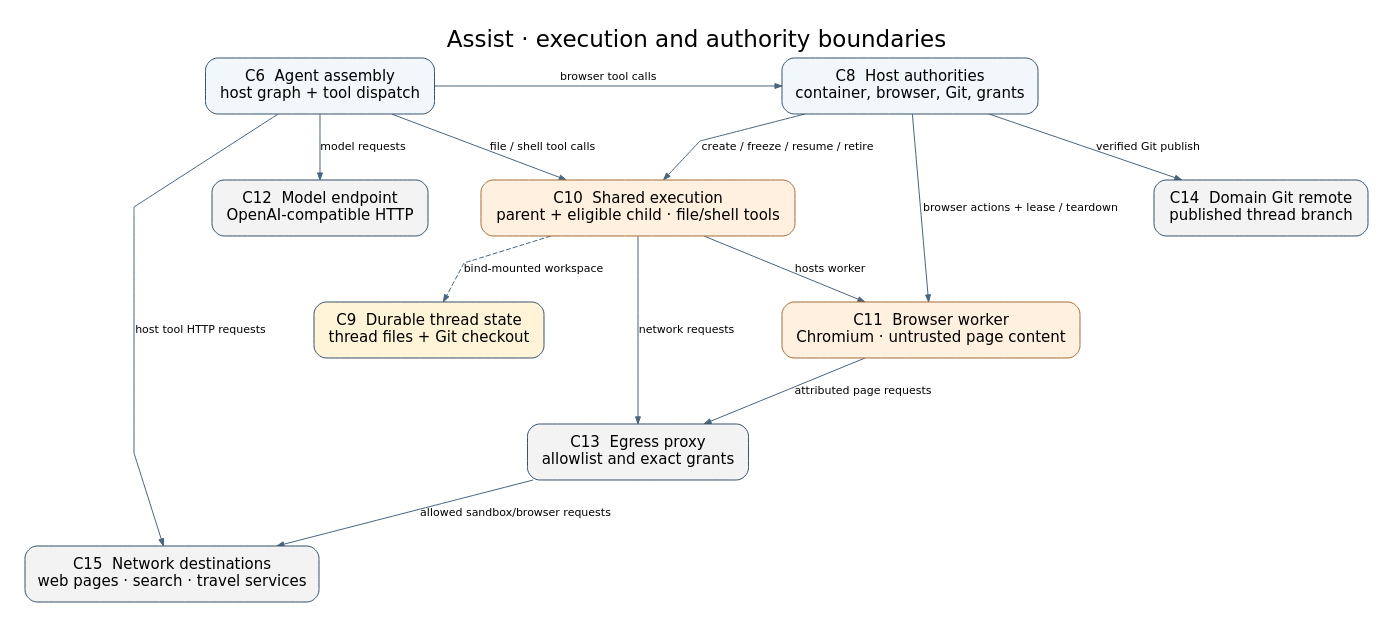
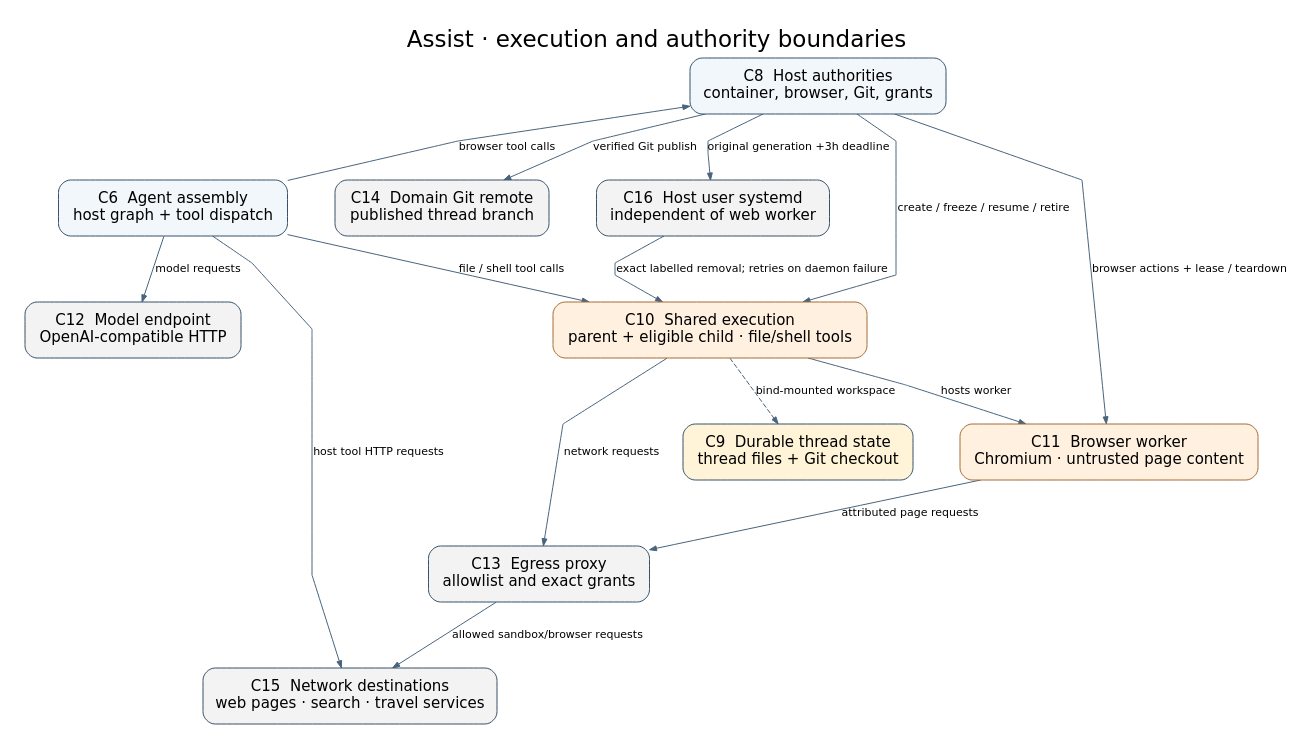
One commit to pierrel/assist changed the diagram in docs/architecture-boundaries.dot. Above: the diagram before and after it, drawn with Graphviz. The commit also changed 15 other files, not shown here.

```diff
--- a/docs/architecture-boundaries.dot
+++ b/docs/architecture-boundaries.dot
@@ -1,41 +1,44 @@
 digraph Boundaries {
   graph [label="Assist · execution and authority boundaries", labelloc=t,
          fontname="DejaVu Sans", fontsize=23, bgcolor="white",
          rankdir=TB, pad=0.25, nodesep=0.65, ranksep=0.75,
          splines=polyline, outputorder=edgesfirst];
   node [shape=box, style="rounded,filled", color="#34506a",
         fillcolor="#f2f7fc", fontname="DejaVu Sans", fontsize=15,
         margin="0.20,0.15"];
   edge [fontname="DejaVu Sans", fontsize=11, color="#49647d",
         arrowsize=0.7];
 
   C6 [label="C6  Agent assembly\nhost graph + tool dispatch"];
   C8 [label="C8  Host authorities\ncontainer, browser, Git, grants"];
   C9 [label="C9  Durable thread state\nthread files + Git checkout",
       fillcolor="#fff4d7"];
   C10 [label="C10  Shared execution\nparent + eligible child · file/shell tools",
        fillcolor="#fff0df", color="#a46b36"];
   C11 [label="C11  Browser worker\nChromium · untrusted page content",
        fillcolor="#fff0df", color="#a46b36"];
   C12 [label="C12  Model endpoint\nOpenAI-compatible HTTP",
        fillcolor="#f3f3f3"];
   C13 [label="C13  Egress proxy\nallowlist and exact grants",
        fillcolor="#f3f3f3"];
   C14 [label="C14  Domain Git remote\npublished thread branch",
        fillcolor="#f3f3f3"];
   C15 [label="C15  Network destinations\nweb pages · search · travel services",
        fillcolor="#f3f3f3"];
+  C16 [label="C16  Host user systemd\nindependent of web worker", fillcolor="#f3f3f3"];
 
   C6 -> C10 [label="file / shell tool calls"];
   C6 -> C8 [label="browser tool calls", constraint=false];
   C6 -> C12 [label="model requests"];
   C6 -> C15 [label="host tool HTTP requests"];
   C8 -> C10 [label="create / freeze / resume / retire"];
+  C8 -> C16 [label="original generation +3h deadline"];
+  C16 -> C10 [label="exact labelled removal; retries on daemon failure"];
   C8 -> C11 [label="browser actions + lease / teardown"];
   C8 -> C14 [label="verified Git publish"];
   C10 -> C11 [label="hosts worker"];
   C10 -> C13 [label="network requests"];
   C11 -> C13 [label="attributed page requests"];
   C13 -> C15 [label="allowed sandbox/browser requests"];
   C10 -> C9 [label="bind-mounted workspace", style=dashed];
 }
```
